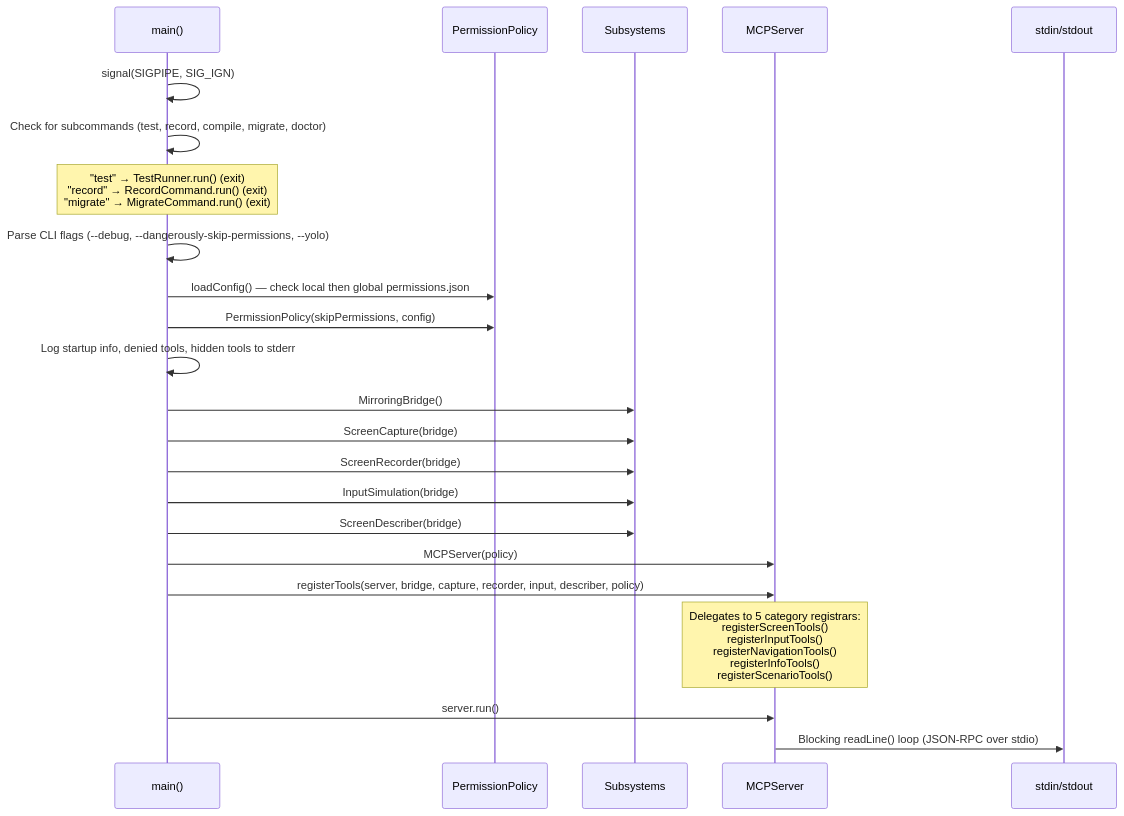
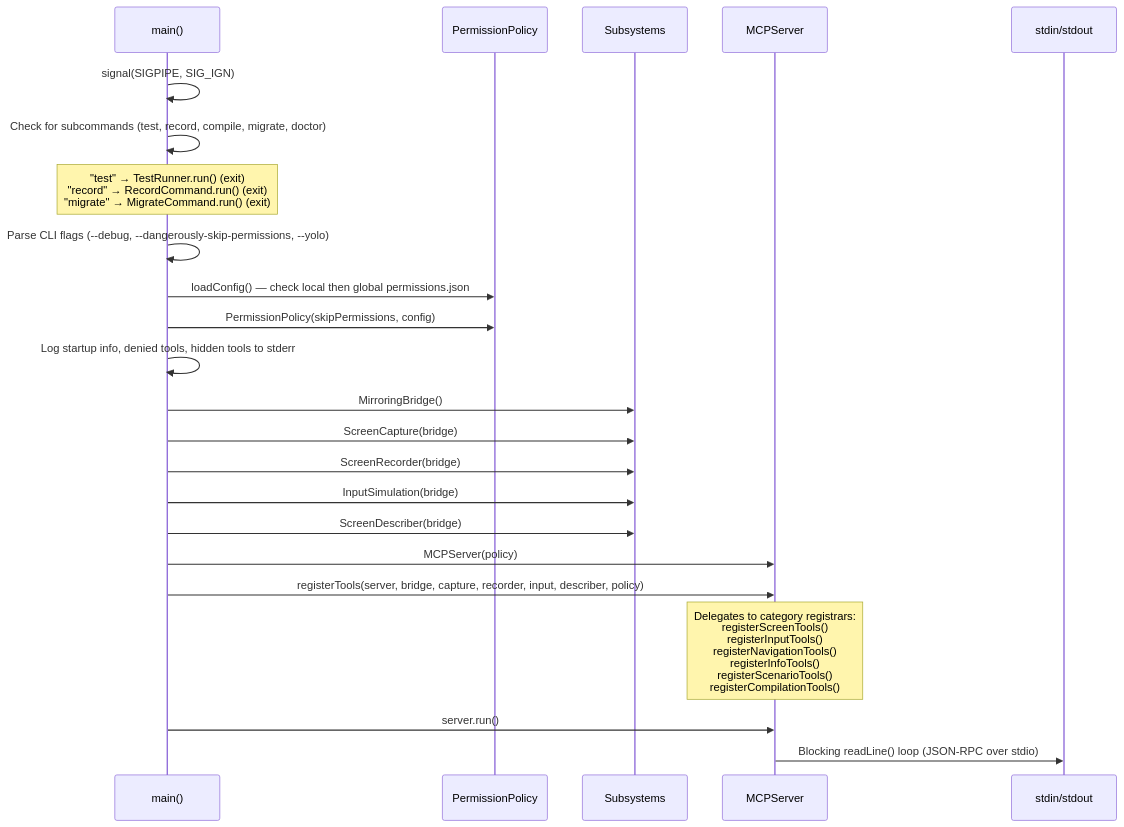
Before and after one commit to jfarcand/mirroir-mcp: the second of 12 diagrams in docs/architecture.md, drawn with Mermaid. The commit also changed other lines of this file and 3 other files, not shown here.

````diff
--- a/docs/architecture.md
+++ b/docs/architecture.md
@@ -151,29 +151,29 @@
 ```mermaid
 sequenceDiagram
     participant Main as main()
     participant Policy as PermissionPolicy
     participant Subs as Subsystems
     participant Server as MCPServer
     participant Stdio as stdin/stdout
 
     Main->>Main: signal(SIGPIPE, SIG_IGN)
     Main->>Main: Check for subcommands (test, record, compile, migrate, doctor)
     Note over Main: "test" → TestRunner.run() (exit)<br/>"record" → RecordCommand.run() (exit)<br/>"migrate" → MigrateCommand.run() (exit)
     Main->>Main: Parse CLI flags (--debug, --dangerously-skip-permissions, --yolo)
     Main->>Policy: loadConfig() — check local then global permissions.json
     Main->>Policy: PermissionPolicy(skipPermissions, config)
     Main->>Main: Log startup info, denied tools, hidden tools to stderr
 
     Main->>Subs: MirroringBridge()
     Main->>Subs: ScreenCapture(bridge)
     Main->>Subs: ScreenRecorder(bridge)
     Main->>Subs: InputSimulation(bridge)
     Main->>Subs: ScreenDescriber(bridge)
     Main->>Server: MCPServer(policy)
 
     Main->>Server: registerTools(server, bridge, capture, recorder, input, describer, policy)
-    Note over Server: Delegates to 5 category registrars:<br/>registerScreenTools()<br/>registerInputTools()<br/>registerNavigationTools()<br/>registerInfoTools()<br/>registerScenarioTools()
+    Note over Server: Delegates to category registrars:<br/>registerScreenTools()<br/>registerInputTools()<br/>registerNavigationTools()<br/>registerInfoTools()<br/>registerScenarioTools()<br/>registerCompilationTools()
 
     Main->>Server: server.run()
     Server->>Stdio: Blocking readLine() loop (JSON-RPC over stdio)
 ```
````
